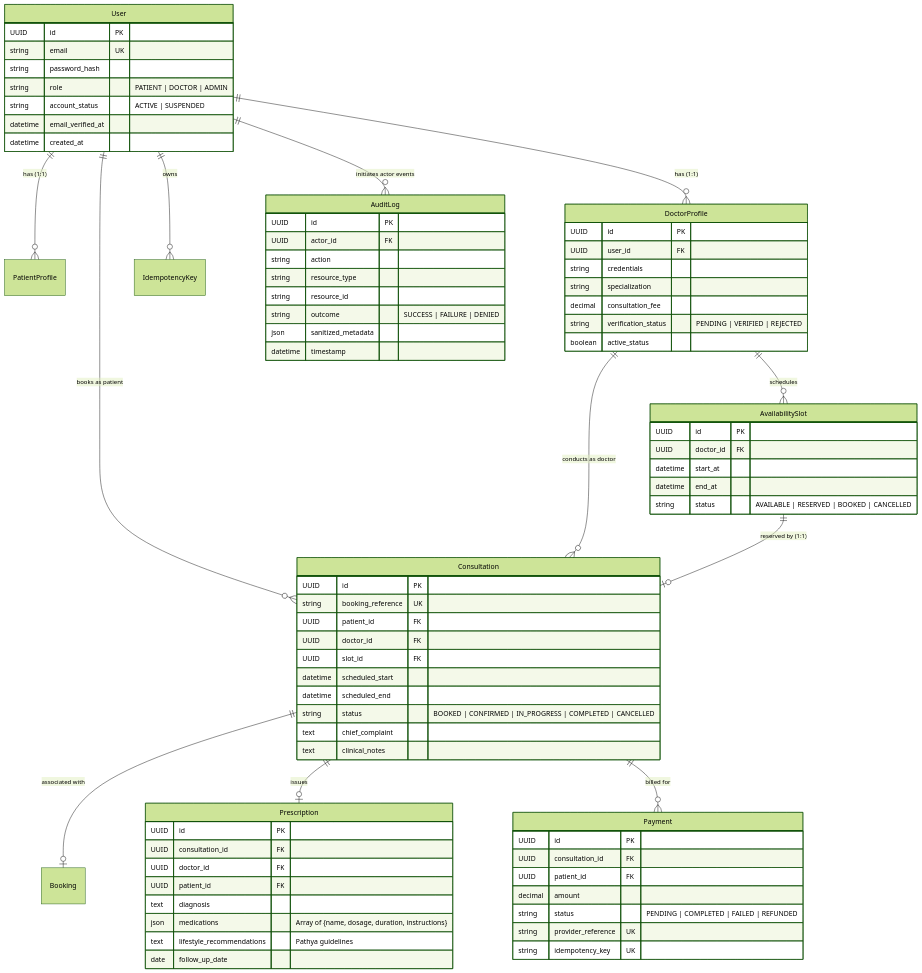
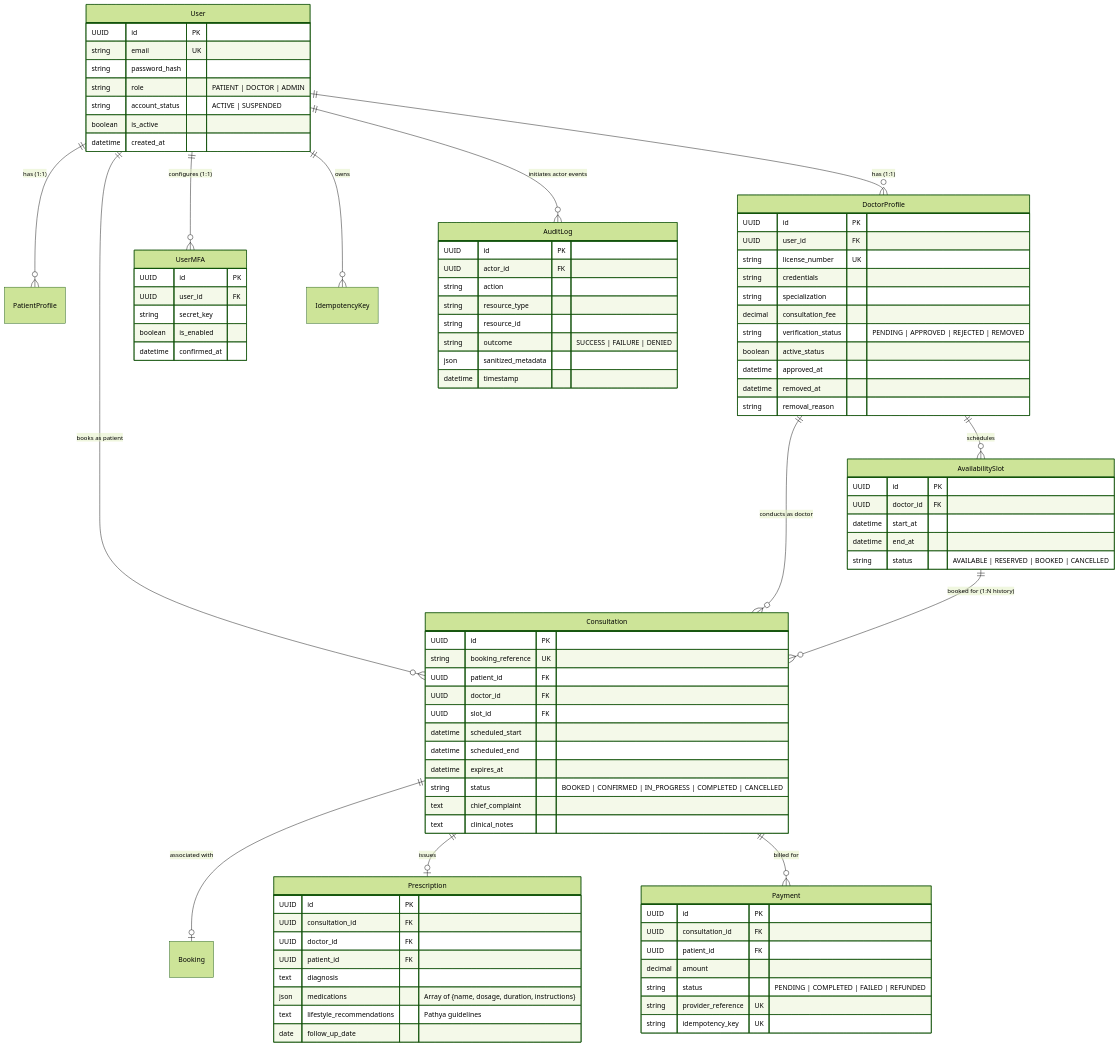
Before and after one commit to hamid-razak-khan/amrutam-telemedicine: the second of 3 diagrams in docs/architecture.md, drawn with Mermaid (forest theme). The commit also changed other lines of this file and 69 other files, not shown here.

First line of the commit message:
feat: add MFA, double-booking prevention, doctor removal, admin analytics, and full documentation package

```diff
--- a/docs/architecture.md
+++ b/docs/architecture.md
@@ -46,10 +55,11 @@
 erDiagram
     User ||--o{ PatientProfile : "has (1:1)"
     User ||--o{ DoctorProfile : "has (1:1)"
+    User ||--o{ UserMFA : "configures (1:1)"
     User ||--o{ Consultation : "books as patient"
     DoctorProfile ||--o{ AvailabilitySlot : "schedules"
     DoctorProfile ||--o{ Consultation : "conducts as doctor"
-    AvailabilitySlot ||--o| Consultation : "reserved by (1:1)"
+    AvailabilitySlot ||--o{ Consultation : "booked for (1:N history)"
     Consultation ||--o| Booking : "associated with"
     Consultation ||--o| Prescription : "issues"
     Consultation ||--o{ Payment : "billed for"
@@ -62,18 +72,30 @@
         string password_hash
         string role "PATIENT | DOCTOR | ADMIN"
         string account_status "ACTIVE | SUSPENDED"
-        datetime email_verified_at
+        boolean is_active
         datetime created_at
+    }
+
+    UserMFA {
+        UUID id PK
+        UUID user_id FK
+        string secret_key
+        boolean is_enabled
+        datetime confirmed_at
     }
 
     DoctorProfile {
         UUID id PK
         UUID user_id FK
+        string license_number UK
         string credentials
         string specialization
         decimal consultation_fee
-        string verification_status "PENDING | VERIFIED | REJECTED"
+        string verification_status "PENDING | APPROVED | REJECTED | REMOVED"
         boolean active_status
+        datetime approved_at
+        datetime removed_at
+        string removal_reason
     }
 
     AvailabilitySlot {
@@ -92,6 +114,7 @@
         UUID slot_id FK
         datetime scheduled_start
         datetime scheduled_end
+        datetime expires_at
         string status "BOOKED | CONFIRMED | IN_PROGRESS | COMPLETED | CANCELLED"
         text chief_complaint
         text clinical_notes
```
